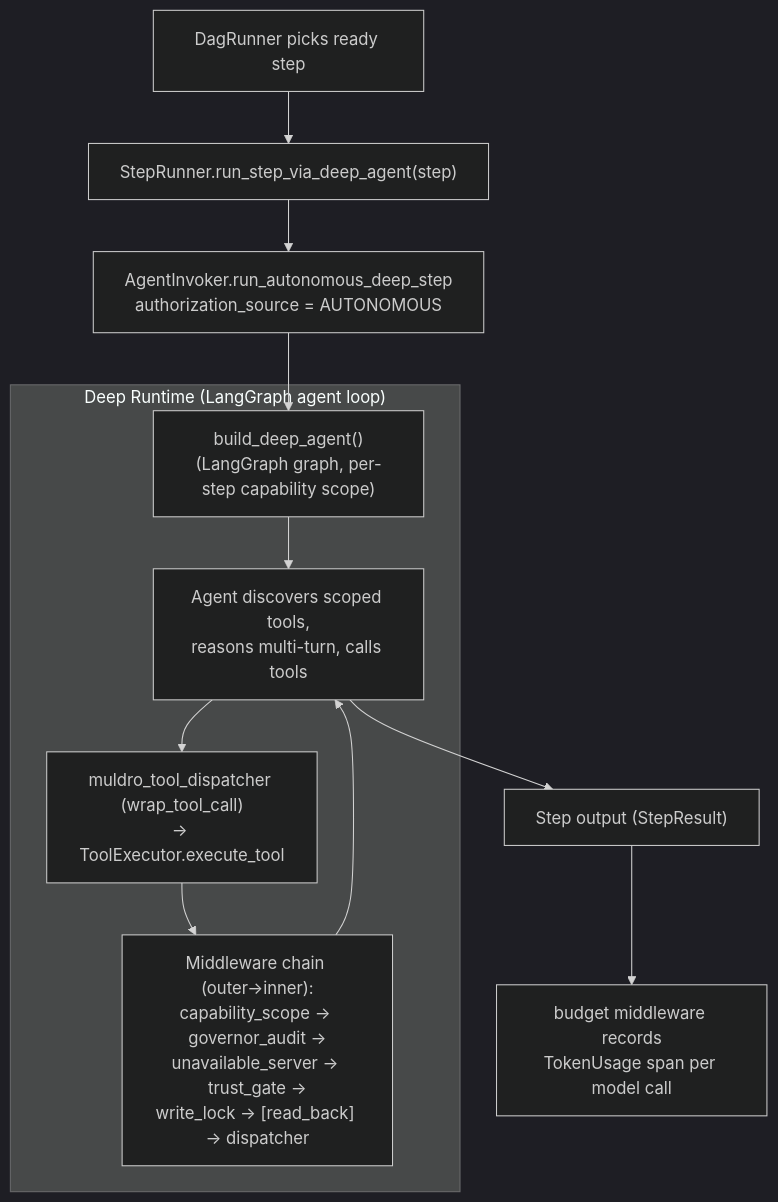
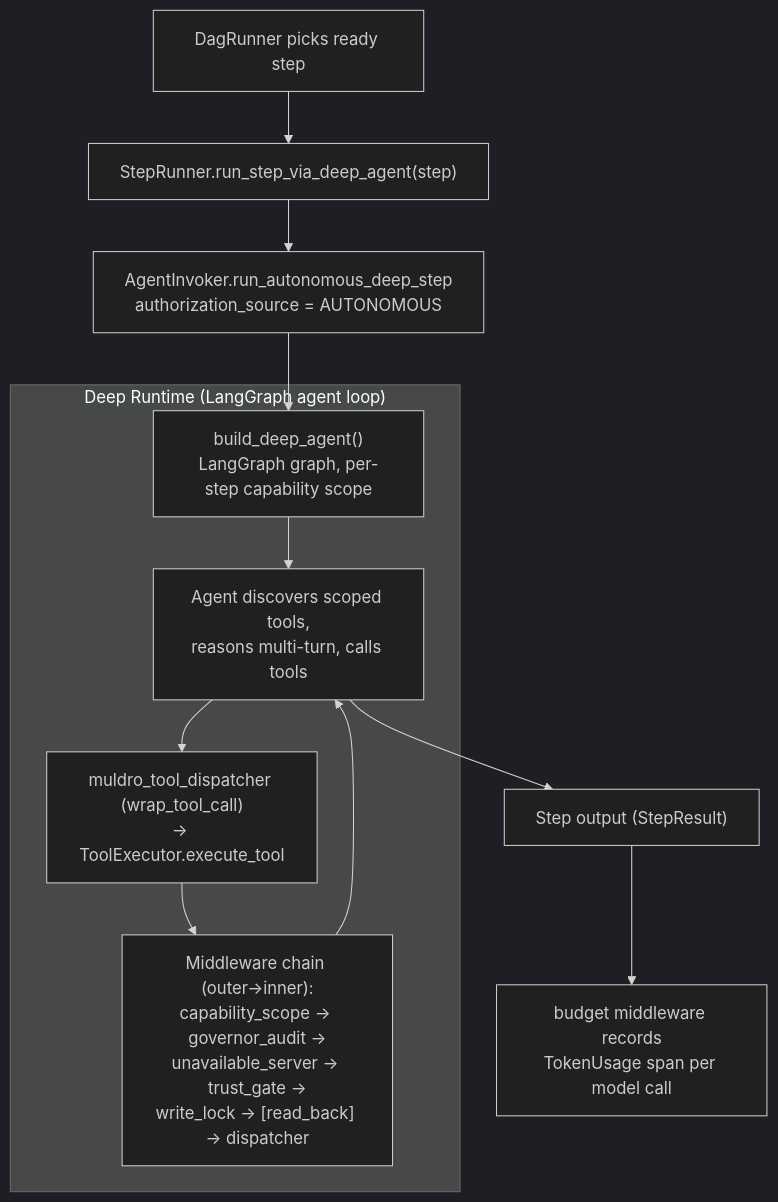
The eighth of 17 diagrams in docs/architecture/plan-execution-deep-dive.md (shivadharmi/muldro), drawn with Mermaid (dark theme) before and after one commit. The commit also changed other lines of this file and 13 other files, not shown here.

````diff
--- a/docs/architecture/plan-execution-deep-dive.md
+++ b/docs/architecture/plan-execution-deep-dive.md
@@ -469,16 +478,16 @@
 ```mermaid
 flowchart TD
     START["DagRunner picks ready step"] --> RUNNER["StepRunner.run_step_via_deep_agent(step)"]
     RUNNER --> INVOKE["AgentInvoker.run_autonomous_deep_step<br/>authorization_source = AUTONOMOUS"]
-    INVOKE --> BUILD["build_deep_agent()<br/>(LangGraph graph, per-step capability scope)"]
+    INVOKE --> BUILD["build_deep_agent()<br/>LangGraph graph, per-step capability scope"]
 
     subgraph "Deep Runtime (LangGraph agent loop)"
         BUILD --> GRAPH["Agent discovers scoped tools,<br/>reasons multi-turn, calls tools"]
         GRAPH --> DISPATCH["muldro_tool_dispatcher (wrap_tool_call)<br/>→ ToolExecutor.execute_tool"]
         DISPATCH --> MW["Middleware chain (outer→inner):<br/>capability_scope → governor_audit →<br/>unavailable_server → trust_gate →<br/>write_lock → [read_back] → dispatcher"]
         MW --> GRAPH
     end
 
     GRAPH --> RESULT["Step output (StepResult)"]
     RESULT --> BUDGET["budget middleware records<br/>TokenUsage span per model call"]
 ```
````
